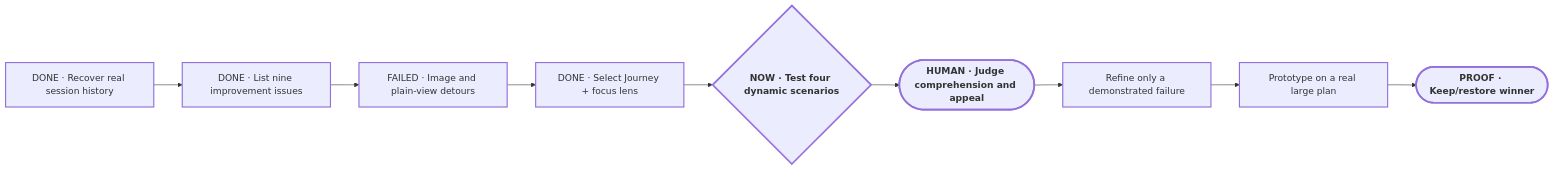
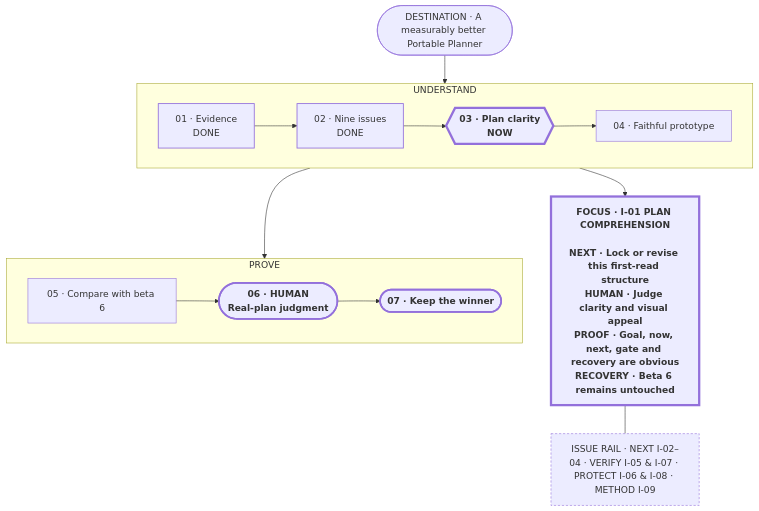
The diagram in planning/PLAN-VIEW.md (Pu11en/portable-planner), drawn with Mermaid before and after one commit. The commit also changed other lines of this file and 5 other files, not shown here.

Commit message:
refine selected focus-lens prototype

````diff
--- a/planning/PLAN-VIEW.md
+++ b/planning/PLAN-VIEW.md
@@ -13,20 +13,32 @@
 ```mermaid
-flowchart LR
-    E["DONE · Recover real session history"]
-    I["DONE · List nine improvement issues"]
-    F["FAILED · Image and plain-view detours"]
-    C["DONE · Select Journey + focus lens"]
-    M{"NOW · Test four dynamic scenarios"}
-    H(["HUMAN · Judge comprehension and appeal"])
-    B["Refine only a demonstrated failure"]
-    X["Prototype on a real large plan"]
-    R(["PROOF · Keep/restore winner"])
-    E --> I --> F --> C --> M --> H --> B --> X --> R
+flowchart TB
+    G(["DESTINATION · A measurably better Portable Planner"])
 
-    classDef current stroke-width:3px,font-weight:700;
-    classDef milestone stroke-width:2px;
-    classDef proof stroke-width:3px,font-weight:700;
-    class M current;
-    class E,I,F,C,B,X milestone;
-    class H,R proof;
+    subgraph R1["UNDERSTAND"]
+        direction LR
+        E["01 · Evidence<br/>DONE"] --> I["02 · Nine issues<br/>DONE"] --> C{{"03 · Plan clarity<br/>NOW"}} --> P["04 · Faithful prototype"]
+    end
+
+    subgraph R2["PROVE"]
+        direction LR
+        B["05 · Compare with beta 6"] --> H(["06 · HUMAN<br/>Real-plan judgment"]) --> W(["07 · Keep the winner"])
+    end
+
+    L["FOCUS · I-01 PLAN COMPREHENSION<br/><br/>NEXT · Lock or revise this first-read structure<br/>HUMAN · Judge clarity and visual appeal<br/>PROOF · Goal, now, next, gate and recovery are obvious<br/>RECOVERY · Beta 6 remains untouched"]
+
+    Q["ISSUE RAIL · NEXT I-02–04 · VERIFY I-05 & I-07 · PROTECT I-06 & I-08 · METHOD I-09"]
+
+    G --> E
+    C --> L
+    P --> B
+    L --- Q
+
+    classDef done stroke-width:1.5px;
+    classDef current stroke-width:4px,font-weight:700;
+    classDef protected stroke-width:3px,font-weight:700;
+    classDef quiet stroke-width:1px,stroke-dasharray:4 3;
+    class E,I done;
+    class C,L current;
+    class H,W protected;
+    class Q quiet;
 ```
````
